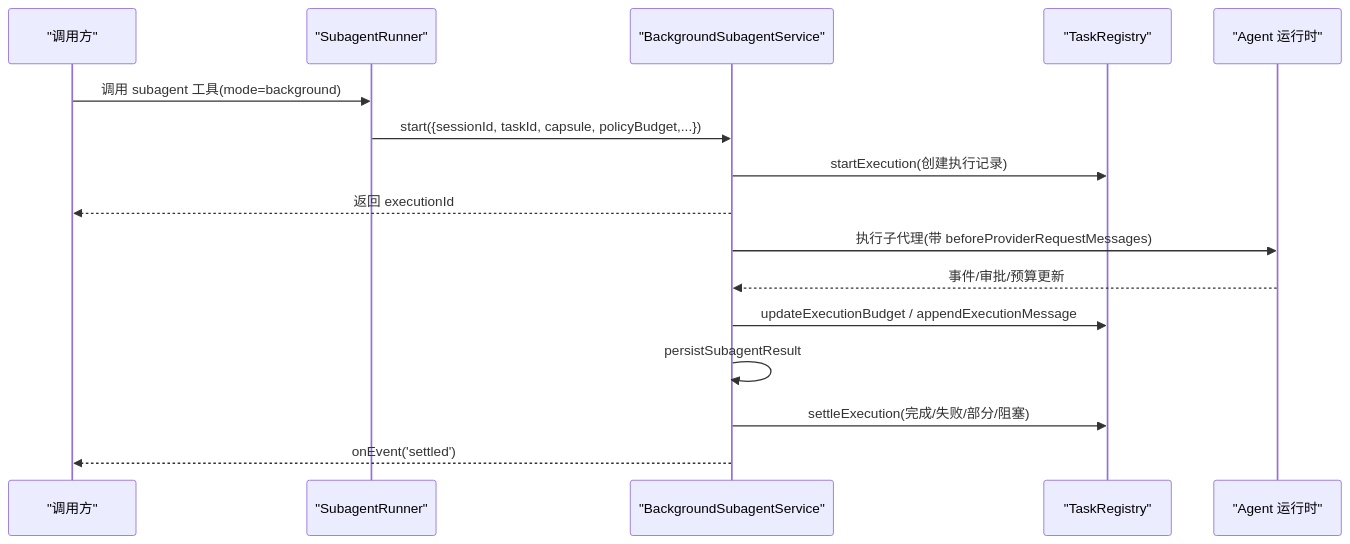
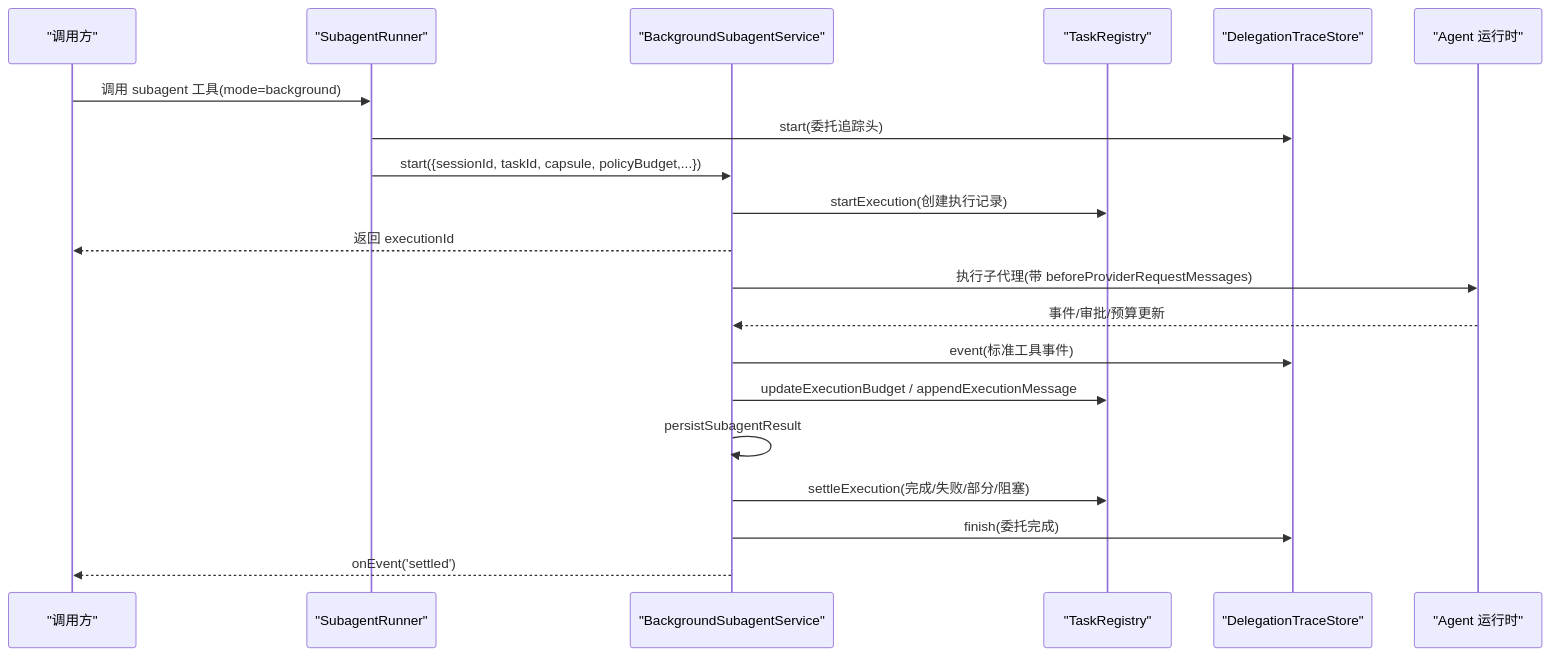
Before and after one commit to haolange/RDC-Agent: the second of 8 diagrams in .qoder/repowiki/zh/content/架构设计/主进程架构/Agent 编排系统/SubagentRunner 子代理执行器.md, drawn with Mermaid. The commit also changed other lines of this file and 25 other files, not shown here.

````diff
--- a/.qoder/repowiki/zh/content/架构设计/主进程架构/Agent 编排系统/SubagentRunner 子代理执行器.md
+++ b/.qoder/repowiki/zh/content/架构设计/主进程架构/Agent 编排系统/SubagentRunner 子代理执行器.md
@@ -88,18 +98,22 @@
 ```mermaid
 sequenceDiagram
 participant Caller as "调用方"
 participant Runner as "SubagentRunner"
 participant Service as "BackgroundSubagentService"
 participant Registry as "TaskRegistry"
+participant Trace as "DelegationTraceStore"
 participant Agent as "Agent 运行时"
 Caller->>Runner : 调用 subagent 工具(mode=background)
+Runner->>Trace : start(委托追踪头)
 Runner->>Service : start({sessionId, taskId, capsule, policyBudget,...})
 Service->>Registry : startExecution(创建执行记录)
 Service-->>Caller : 返回 executionId
 Service->>Agent : 执行子代理(带 beforeProviderRequestMessages)
 Agent-->>Service : 事件/审批/预算更新
+Service->>Trace : event(标准工具事件)
 Service->>Registry : updateExecutionBudget / appendExecutionMessage
 Service->>Service : persistSubagentResult
 Service->>Registry : settleExecution(完成/失败/部分/阻塞)
+Service->>Trace : finish(委托完成)
 Service-->>Caller : onEvent('settled')
 ```
````
